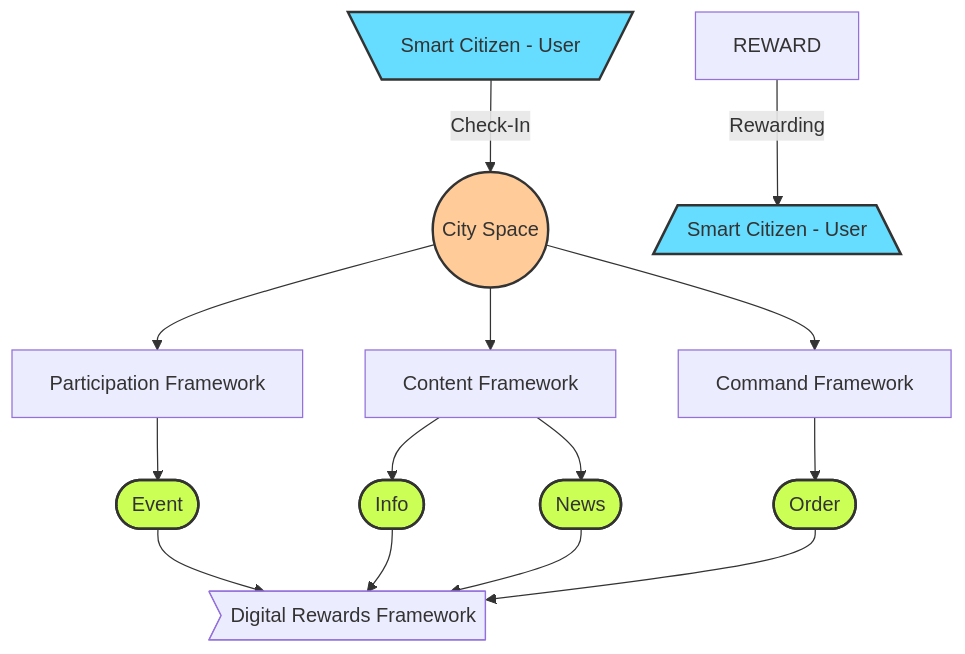
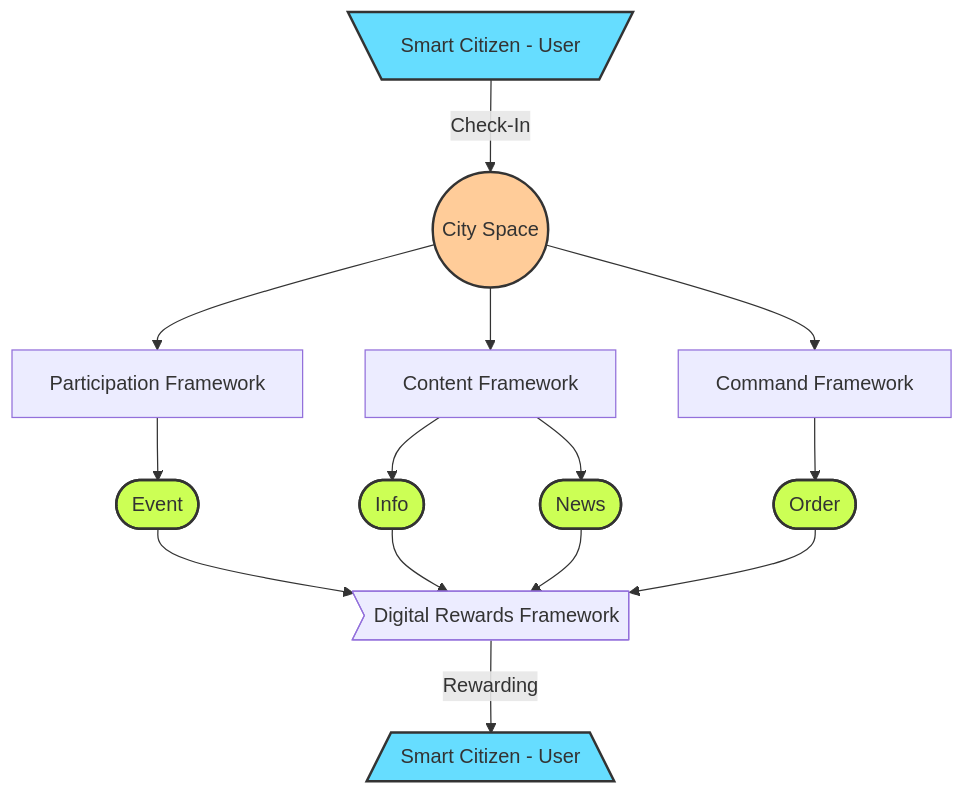
One commit to cityos-work/cityos-dev changed the second of 2 diagrams in pages/roadmap.md. Above: the diagram before and after it, drawn with Mermaid.

````diff
--- a/pages/roadmap.md
+++ b/pages/roadmap.md
@@ -80,23 +80,23 @@
 ```mermaid
 graph TB;
     USER[\Smart Citizen - User/]-- Check-In -->SPACE((City Space));
     SPACE-->PARTICIPATION[Participation Framework];
     SPACE-->CONTENT[Content Framework];
     SPACE-->COMMAND[Command Framework];
     PARTICIPATION-->EVENT([Event]);
     CONTENT-->INFO([Info]);
     CONTENT-->NEWS([News]);
     COMMAND-->ORDER([Order]);
     EVENT-->REWARDFRAMEWORK>Digital Rewards Framework];
     INFO-->REWARDFRAMEWORK;
     NEWS-->REWARDFRAMEWORK;
     ORDER-->REWARDFRAMEWORK;
-    REWARD-- Rewarding -->REWARDEDUSER[/Smart Citizen - User\];
+    REWARDFRAMEWORK-- Rewarding -->REWARDEDUSER[/Smart Citizen - User\];
     style USER fill:#6df,stroke:#333,stroke-width:2px
     style REWARDEDUSER fill:#6df,stroke:#333,stroke-width:2px
     style SPACE fill:#fc9,stroke:#333,stroke-width:2px
     style ORDER fill:#CF5, stroke:#333,stroke-width:2px
     style INFO fill:#CF5, stroke:#333,stroke-width:2px
     style NEWS fill:#CF5, stroke:#333,stroke-width:2px
     style EVENT fill:#CF5, stroke:#333,stroke-width:2px 
 ```
````
